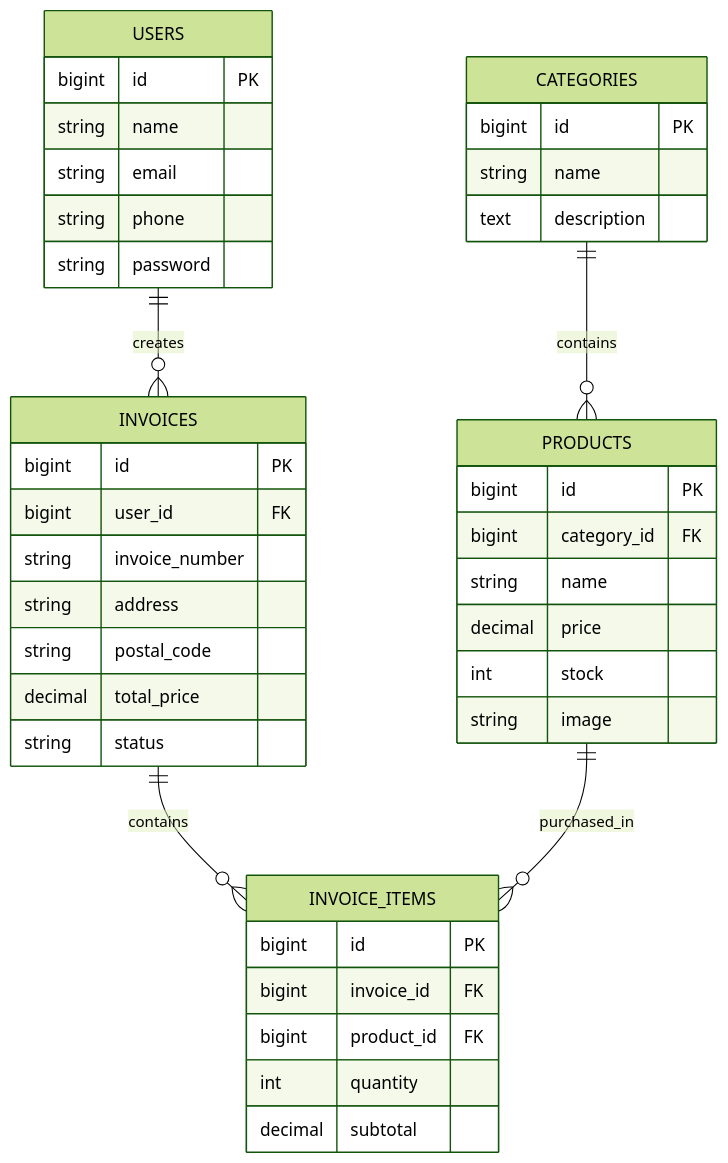
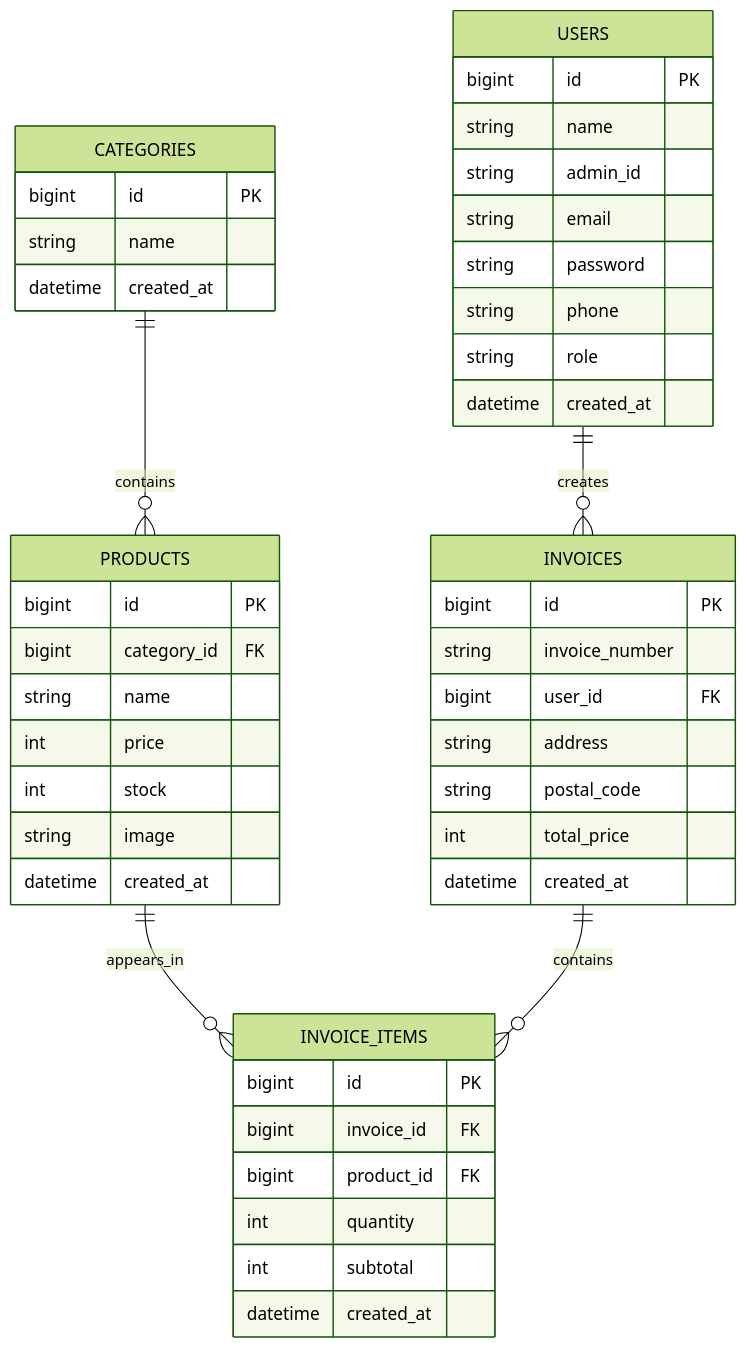
The diagram in README.md (abrahamkusnadi/Laravel-Project-BNCC), drawn with Mermaid (forest theme) before and after one commit. The commit also changed other lines of this file, not shown here.

Commit message:
Refactor ER diagram in README.md
Updated data types in the entity-relationship diagram and removed duplicate USERS definition.

````diff
--- a/README.md
+++ b/README.md
@@ -149,52 +149,57 @@
 ```mermaid
 erDiagram
 
+    USERS ||--o{ INVOICES : creates
+
     CATEGORIES ||--o{ PRODUCTS : contains
 
-    USERS ||--o{ INVOICES : creates
+    PRODUCTS ||--o{ INVOICE_ITEMS : appears_in
 
     INVOICES ||--o{ INVOICE_ITEMS : contains
 
-    PRODUCTS ||--o{ INVOICE_ITEMS : purchased_in
+    USERS {
+        bigint id PK
+        string name
+        string admin_id
+        string email
+        string password
+        string phone
+        string role
+        datetime created_at
+    }
 
     CATEGORIES {
         bigint id PK
         string name
-        text description
+        datetime created_at
     }
 
     PRODUCTS {
         bigint id PK
         bigint category_id FK
         string name
-        decimal price
+        int price
         int stock
         string image
-    }
-
-    USERS {
-        bigint id PK
-        string name
-        string email
-        string phone
-        string password
+        datetime created_at
     }
 
     INVOICES {
         bigint id PK
+        string invoice_number
         bigint user_id FK
-        string invoice_number
         string address
         string postal_code
-        decimal total_price
-        string status
+        int total_price
+        datetime created_at
     }
 
     INVOICE_ITEMS {
         bigint id PK
         bigint invoice_id FK
         bigint product_id FK
         int quantity
-        decimal subtotal
+        int subtotal
+        datetime created_at
     }
 ```
````
